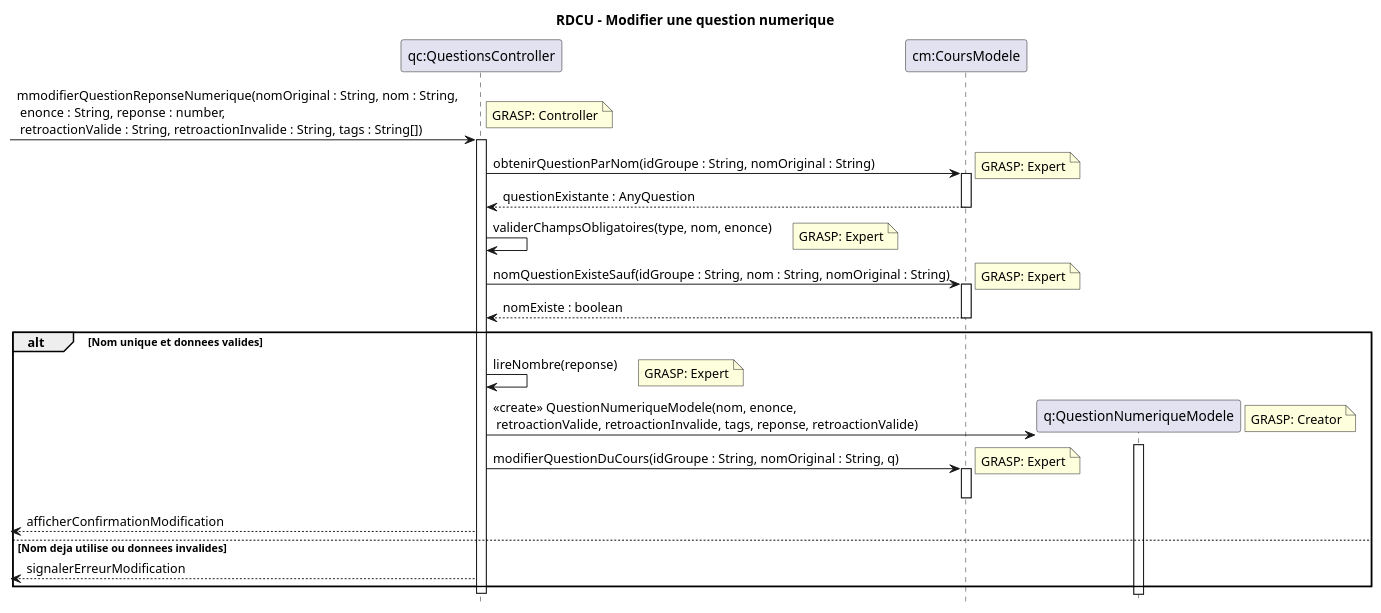
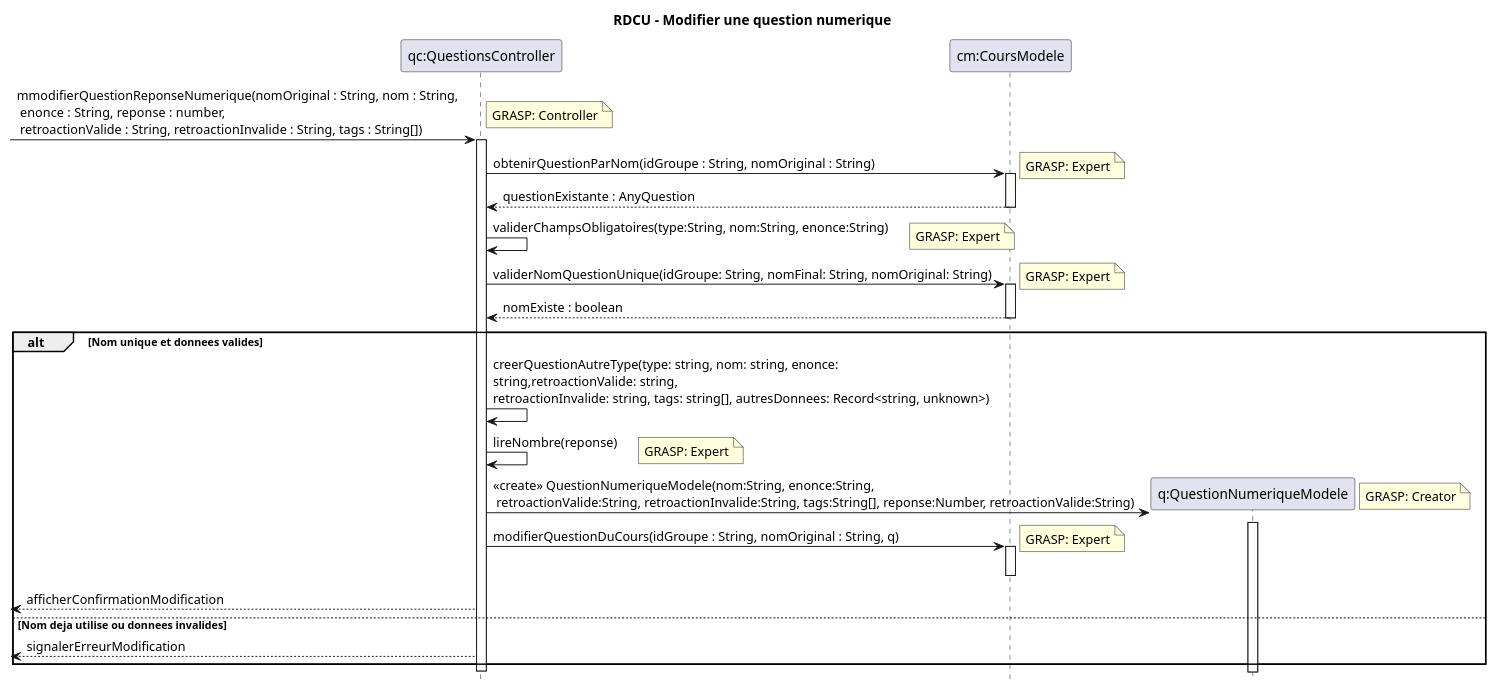
One commit to xMrYahya/moodle-clone changed the diagram in docs/modeles/cu02/rdcu-modifier-question-numerique.puml. Above: the diagram before and after it, drawn with PlantUML. The commit also changed 11 other files, not shown here.

Commit message:
Modifications du rapport et de diagrammes

```diff
--- a/docs/modeles/cu02/rdcu-modifier-question-numerique.puml
+++ b/docs/modeles/cu02/rdcu-modifier-question-numerique.puml
@@ -1,49 +1,52 @@
 @startuml
 hide footbox
 title RDCU - Modifier une question numerique
 
 participant "qc:QuestionsController" as QC
 participant "cm:CoursModele" as CM
 participant "q:QuestionNumeriqueModele" as Q
 
 -> QC : mmodifierQuestionReponseNumerique(nomOriginal : String, nom : String,\n enonce : String, reponse : number,\n retroactionValide : String, retroactionInvalide : String, tags : String[])
 note right: GRASP: Controller
 activate QC
 
 QC -> CM : obtenirQuestionParNom(idGroupe : String, nomOriginal : String)
 note right: GRASP: Expert
 activate CM
 CM --> QC : questionExistante : AnyQuestion
 deactivate CM
 
-QC -> QC : validerChampsObligatoires(type, nom, enonce)
+QC -> QC : validerChampsObligatoires(type:String, nom:String, enonce:String)
 note right: GRASP: Expert
 
-QC -> CM : nomQuestionExisteSauf(idGroupe : String, nom : String, nomOriginal : String)
+QC -> CM : validerNomQuestionUnique(idGroupe: String, nomFinal: String, nomOriginal: String)
 note right: GRASP: Expert
 activate CM
 CM --> QC : nomExiste : boolean
 deactivate CM
 
 alt Nom unique et donnees valides
+  QC -> QC : creerQuestionAutreType(type: string, nom: string, enonce: \nstring,retroactionValide: string, \nretroactionInvalide: string, tags: string[], autresDonnees: Record<string, unknown>)
+
+
   QC -> QC : lireNombre(reponse)
   note right: GRASP: Expert
 
   create Q
-  QC -> Q : <<create>> QuestionNumeriqueModele(nom, enonce,\n retroactionValide, retroactionInvalide, tags, reponse, retroactionValide)
+  QC -> Q : <<create>> QuestionNumeriqueModele(nom:String, enonce:String,\n retroactionValide:String, retroactionInvalide:String, tags:String[], reponse:Number, retroactionValide:String)
   note right: GRASP: Creator
   activate Q
   deactivate Q
 
   QC -> CM : modifierQuestionDuCours(idGroupe : String, nomOriginal : String, q)
   note right: GRASP: Expert
   activate CM
   deactivate CM
 
   <-- QC : afficherConfirmationModification
 else Nom deja utilise ou donnees invalides
   <-- QC : signalerErreurModification
 end
 
 deactivate QC
 @enduml
```
